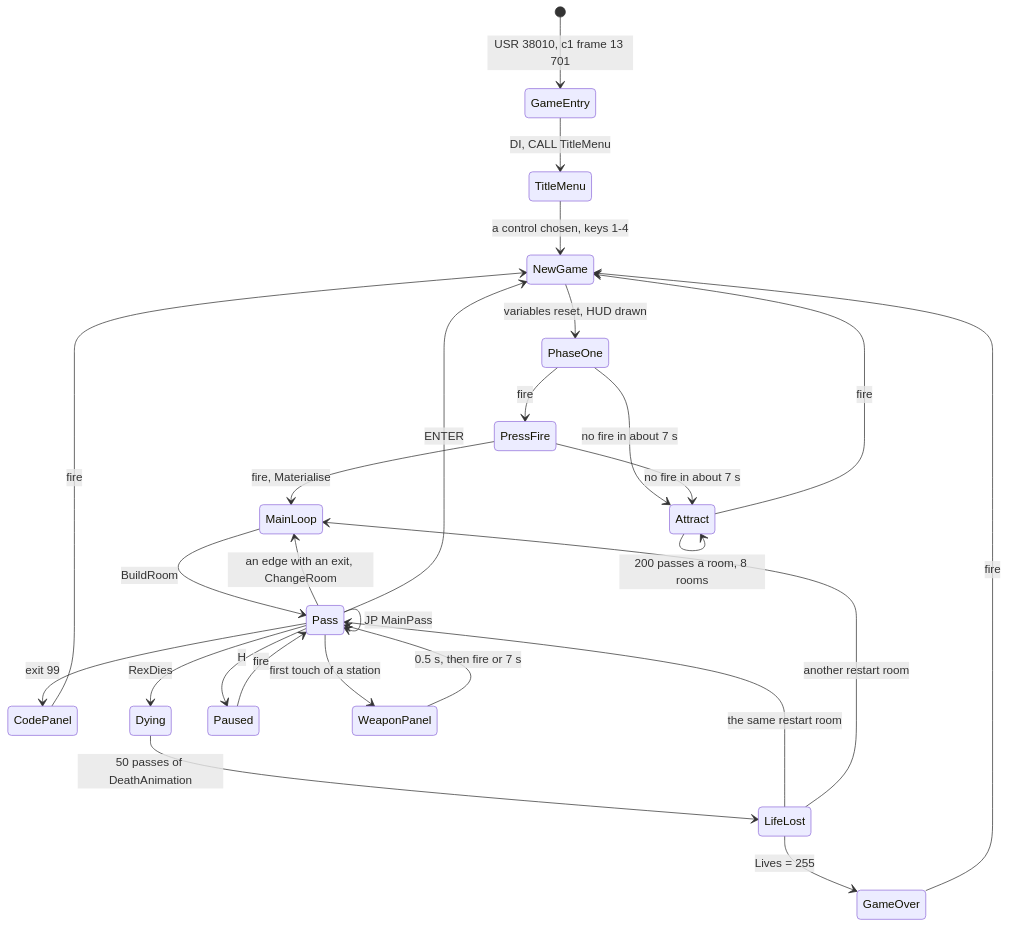
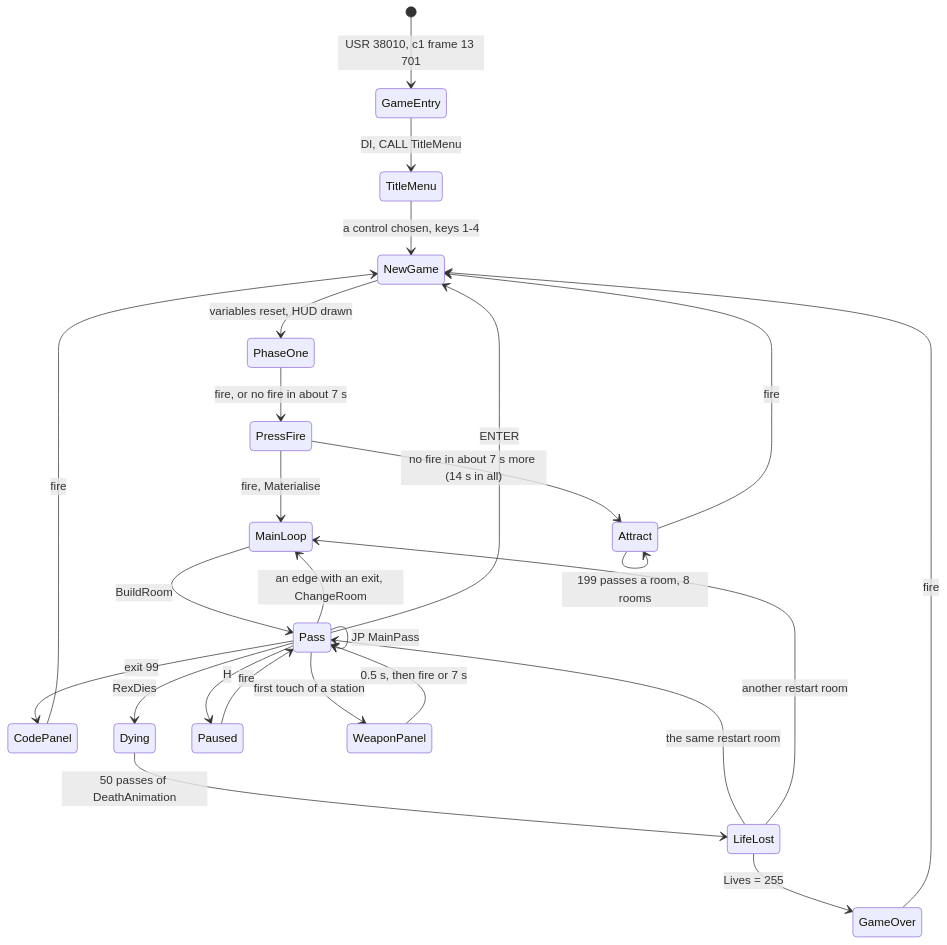
The first of 8 diagrams in games/rex/docs/04-game-loop.md (alfishe/unrealng-reverse-cases), drawn with Mermaid before and after one commit. The commit also changed other lines of this file and 40 other files, not shown here.

````diff
--- a/games/rex/docs/04-game-loop.md
+++ b/games/rex/docs/04-game-loop.md
@@ -20,29 +20,28 @@
 ```mermaid
 stateDiagram-v2
     [*] --> GameEntry: USR 38010, c1 frame 13 701
     GameEntry --> TitleMenu: DI, CALL TitleMenu
     TitleMenu --> NewGame: a control chosen, keys 1-4
     NewGame --> PhaseOne: variables reset, HUD drawn
-    PhaseOne --> PressFire: fire
-    PhaseOne --> Attract: no fire in about 7 s
+    PhaseOne --> PressFire: fire, or no fire in about 7 s
     PressFire --> MainLoop: fire, Materialise
-    PressFire --> Attract: no fire in about 7 s
-    Attract --> Attract: 200 passes a room, 8 rooms
+    PressFire --> Attract: no fire in about 7 s more (14 s in all)
+    Attract --> Attract: 199 passes a room, 8 rooms
     Attract --> NewGame: fire
     MainLoop --> Pass: BuildRoom
     Pass --> Pass: JP MainPass
     Pass --> MainLoop: an edge with an exit, ChangeRoom
     Pass --> CodePanel: exit 99
     Pass --> Dying: RexDies
     Dying --> LifeLost: 50 passes of DeathAnimation
     LifeLost --> Pass: the same restart room
     LifeLost --> MainLoop: another restart room
     LifeLost --> GameOver: Lives = 255
     GameOver --> NewGame: fire
     CodePanel --> NewGame: fire
     Pass --> NewGame: ENTER
     Pass --> Paused: H
     Paused --> Pass: fire
     Pass --> WeaponPanel: first touch of a station
     WeaponPanel --> Pass: 0.5 s, then fire or 7 s
 ```
````
